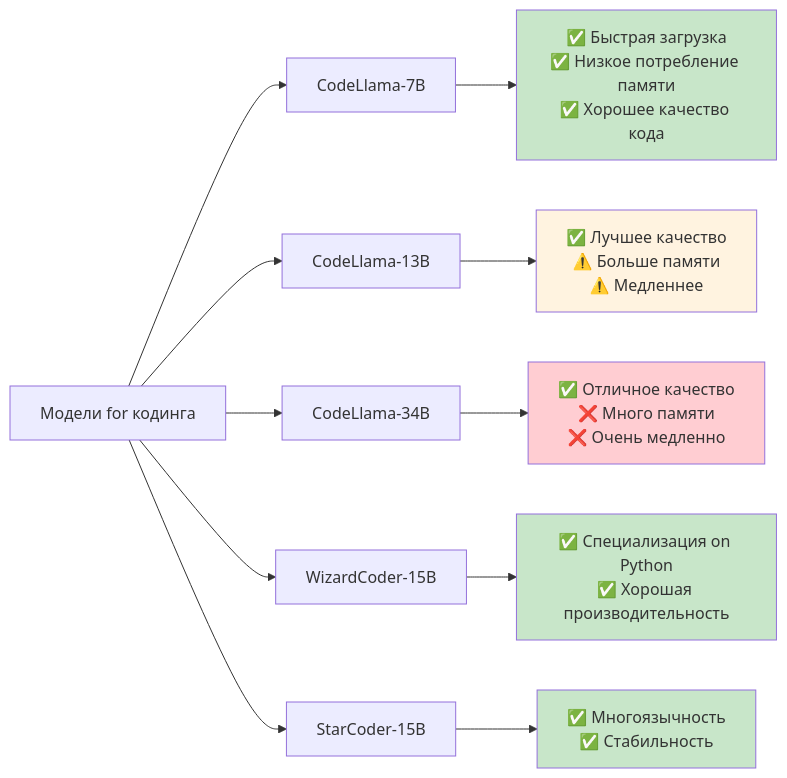
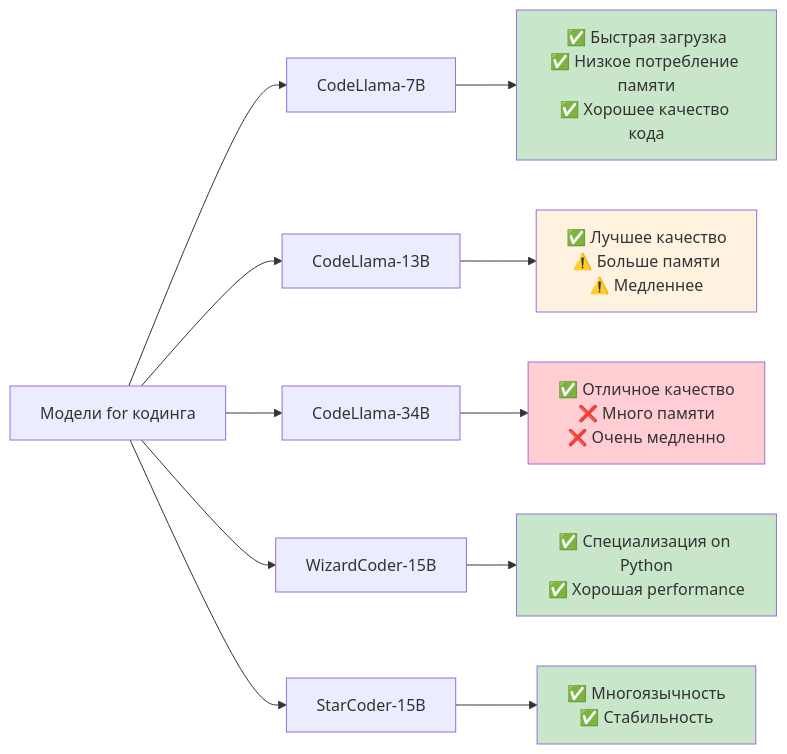
The third of 5 diagrams in docs/automl/gluon/33_llm_parallel_computing_setup.md (NeoZorK/neozork-hld-prediction), drawn with Mermaid before and after one commit. The commit also changed other lines of this file and 88 other files, not shown here.

````diff
--- a/docs/automl/gluon/33_llm_parallel_computing_setup.md
+++ b/docs/automl/gluon/33_llm_parallel_computing_setup.md
@@ -428,20 +428,20 @@
 ```mermaid
 graph LR
  A[Модели for кодинга] --> B[CodeLlama-7B]
  A --> C[CodeLlama-13B]
  A --> D[CodeLlama-34B]
  A --> E[WizardCoder-15B]
  A --> F[StarCoder-15B]
 
  B --> G[✅ Быстрая загрузка<br/>✅ Низкое потребление памяти<br/>✅ Хорошее качество кода]
  C --> H[✅ Лучшее качество<br/>⚠️ Больше памяти<br/>⚠️ Медленнее]
  D --> I[✅ Отличное качество<br/>❌ Много памяти<br/>❌ Очень медленно]
- E --> J[✅ Специализация on Python<br/>✅ Хорошая производительность]
+ E --> J[✅ Специализация on Python<br/>✅ Хорошая performance]
  F --> K[✅ Многоязычность<br/>✅ Стабильность]
 
  style G fill:#c8e6c9
  style H fill:#fff3e0
  style I fill:#ffcdd2
  style J fill:#c8e6c9
  style K fill:#c8e6c9
 ```
````
